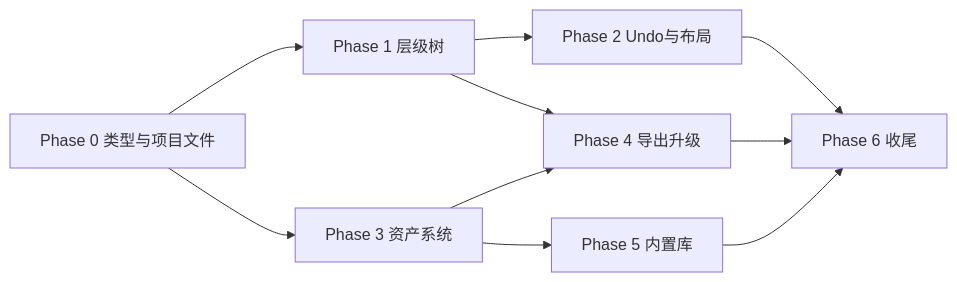
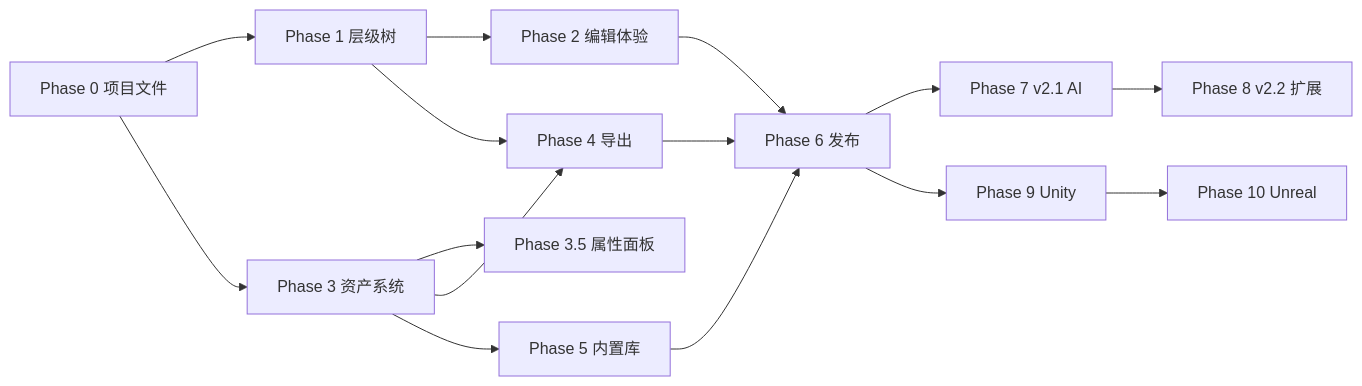
Before and after one commit to ordinaryXg/GameResourseGenerator: the diagram in docs/DEVELOPMENT-PLAN-v2.md, drawn with Mermaid. The commit also changed other lines of this file and 7 other files, not shown here.

First line of the commit message:
docs: add project plan and align v2 roadmap with product vision

````diff
--- a/docs/DEVELOPMENT-PLAN-v2.md
+++ b/docs/DEVELOPMENT-PLAN-v2.md
@@ -162,12 +294,17 @@
 ```mermaid
 flowchart LR
-    P0[Phase 0 类型与项目文件] --> P1[Phase 1 层级树]
+    P0[Phase 0 项目文件] --> P1[Phase 1 层级树]
     P0 --> P3[Phase 3 资产系统]
-    P1 --> P2[Phase 2 Undo与布局]
-    P1 --> P4[Phase 4 导出升级]
+    P1 --> P2[Phase 2 编辑体验]
+    P1 --> P4[Phase 4 导出]
+    P3 --> P35[Phase 3.5 属性面板]
     P3 --> P4
     P3 --> P5[Phase 5 内置库]
-    P4 --> P6[Phase 6 收尾]
+    P4 --> P6[Phase 6 发布]
     P5 --> P6
     P2 --> P6
+    P6 --> P7[Phase 7 v2.1 AI]
+    P7 --> P8[Phase 8 v2.2 扩展]
+    P6 --> P9[Phase 9 Unity]
+    P9 --> P10[Phase 10 Unreal]
 ```
````
